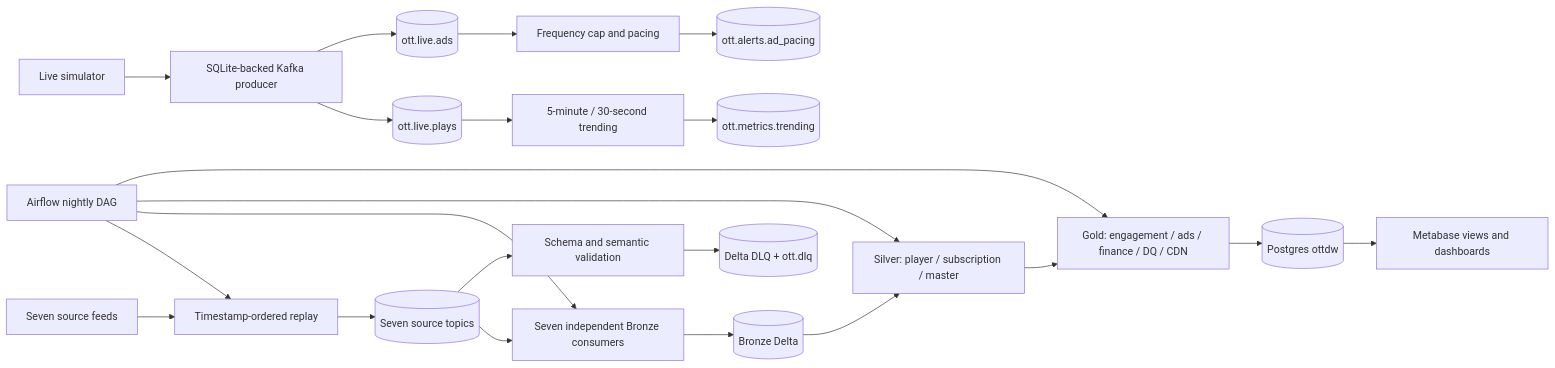
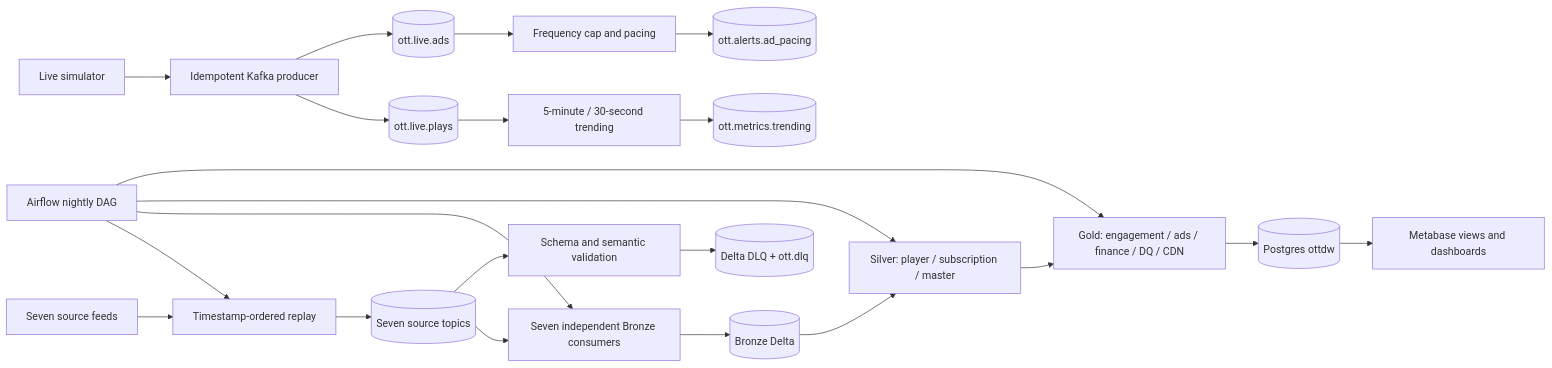
The diagram in docs/implementation/kafka-streaming.md (Er-Ishan-Srivastav/StreamBharat), drawn with Mermaid before and after one commit.

Commit message:
docs: correct live producer architecture label

````diff
--- a/docs/implementation/kafka-streaming.md
+++ b/docs/implementation/kafka-streaming.md
@@ -39,24 +39,24 @@
 ```mermaid
 flowchart LR
   SRC[Seven source feeds] --> RP[Timestamp-ordered replay]
   RP --> K[(Seven source topics)]
   K --> BR[Seven independent Bronze consumers]
   BR --> BD[(Bronze Delta)]
   K --> VAL[Schema and semantic validation]
   VAL --> DLQ[(Delta DLQ + ott.dlq)]
   BD --> SIL[Silver: player / subscription / master]
   SIL --> GOLD[Gold: engagement / ads / finance / DQ / CDN]
   GOLD --> PG[(Postgres ottdw)]
   PG --> MB[Metabase views and dashboards]
-  SIM[Live simulator] --> PB[SQLite-backed Kafka producer]
+  SIM[Live simulator] --> PB[Idempotent Kafka producer]
   PB --> LP[(ott.live.plays)]
   PB --> LA[(ott.live.ads)]
   LP --> TR[5-minute / 30-second trending]
   LA --> AP[Frequency cap and pacing]
   TR --> TRK[(ott.metrics.trending)]
   AP --> APK[(ott.alerts.ad_pacing)]
   AIR[Airflow nightly DAG] --> RP
   AIR --> BR
   AIR --> SIL
   AIR --> GOLD
 ```
````
